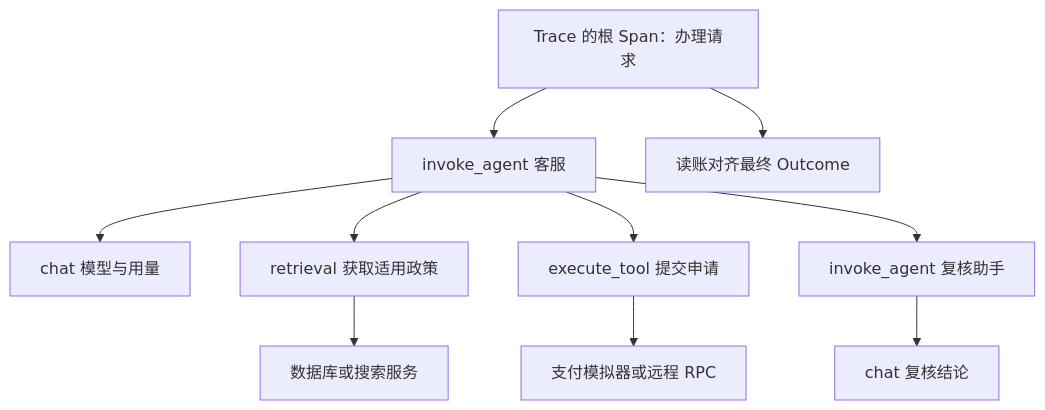
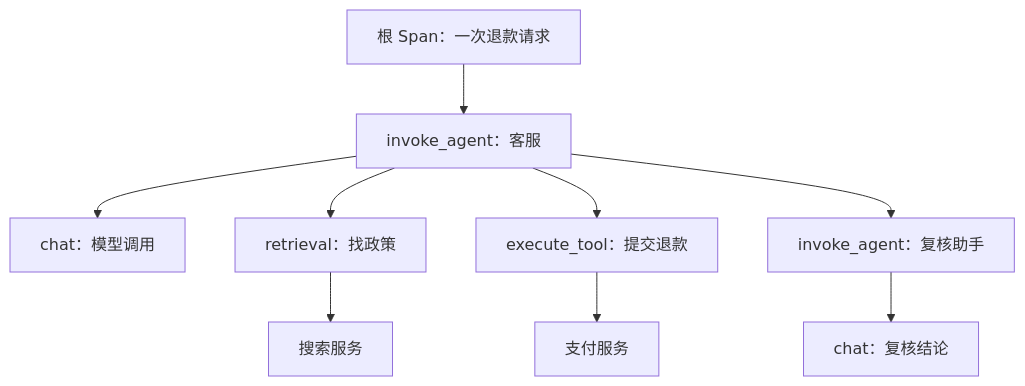
The second of 2 diagrams in 09-eval-observability-and-production/01-agent-eval-and-observability.md (echonoshy/agent-engineering-handbook), drawn with Mermaid before and after one commit. The commit also changed other lines of this file and 21 other files, not shown here.

````diff
--- a/09-eval-observability-and-production/01-agent-eval-and-observability.md
+++ b/09-eval-observability-and-production/01-agent-eval-and-observability.md
@@ -152,12 +209,11 @@
 ```mermaid
 flowchart TD
-  R["Trace 的根 Span：办理请求"] --> A["invoke_agent 客服"]
-  A --> C["chat 模型与用量"]
-  A --> D["retrieval 获取适用政策"]
-  D --> DB["数据库或搜索服务"]
-  A --> T["execute_tool 提交申请"]
-  T --> P["支付模拟器或远程 RPC"]
-  A --> B["invoke_agent 复核助手"]
-  B --> L["chat 复核结论"]
-  R --> O["读账对齐最终 Outcome"]
+  R["根 Span：一次退款请求"] --> A["invoke_agent：客服"]
+  A --> M["chat：模型调用"]
+  A --> K["retrieval：找政策"]
+  K --> DB["搜索服务"]
+  A --> T["execute_tool：提交退款"]
+  T --> P["支付服务"]
+  A --> B["invoke_agent：复核助手"]
+  B --> C["chat：复核结论"]
 ```
````
